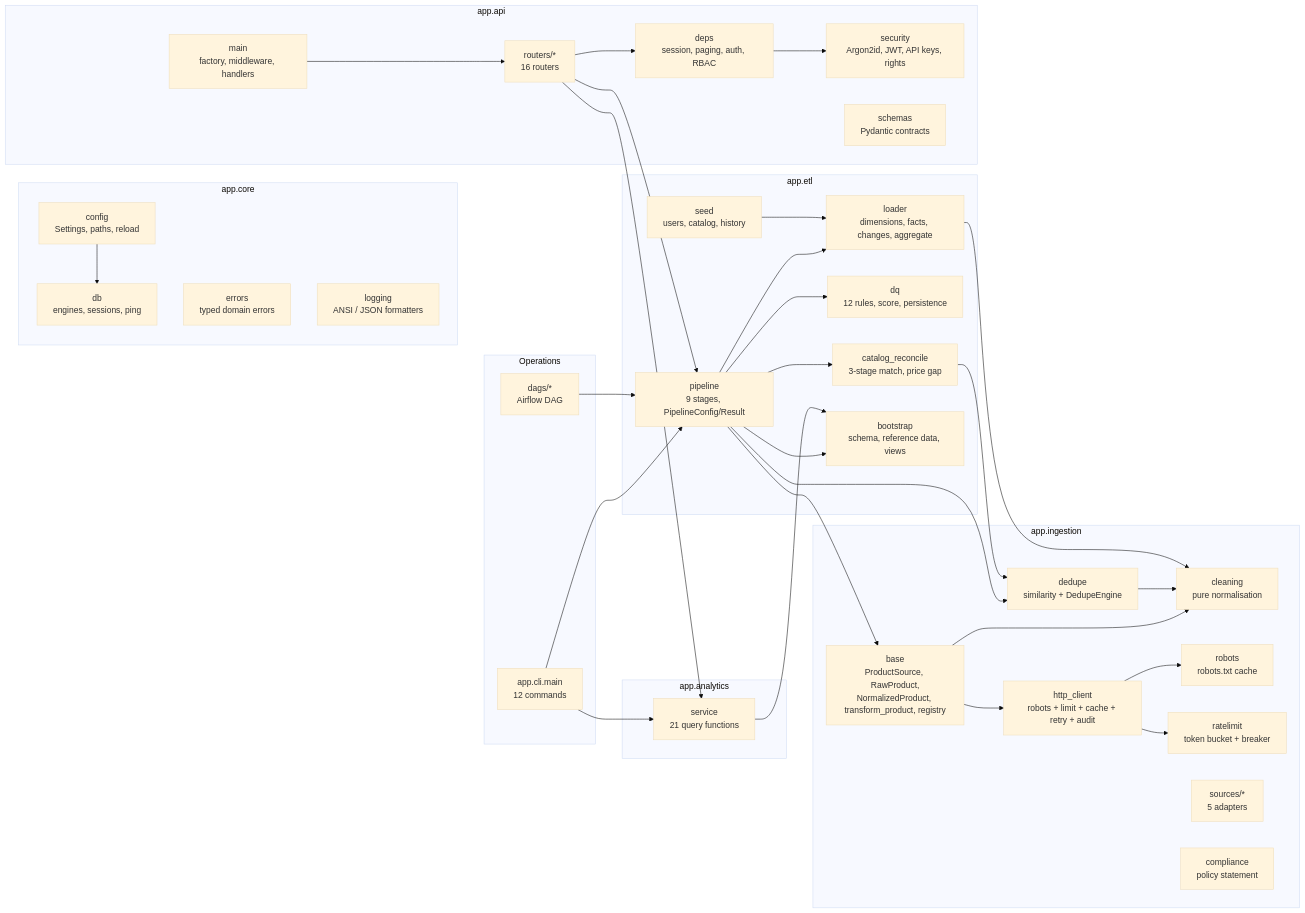
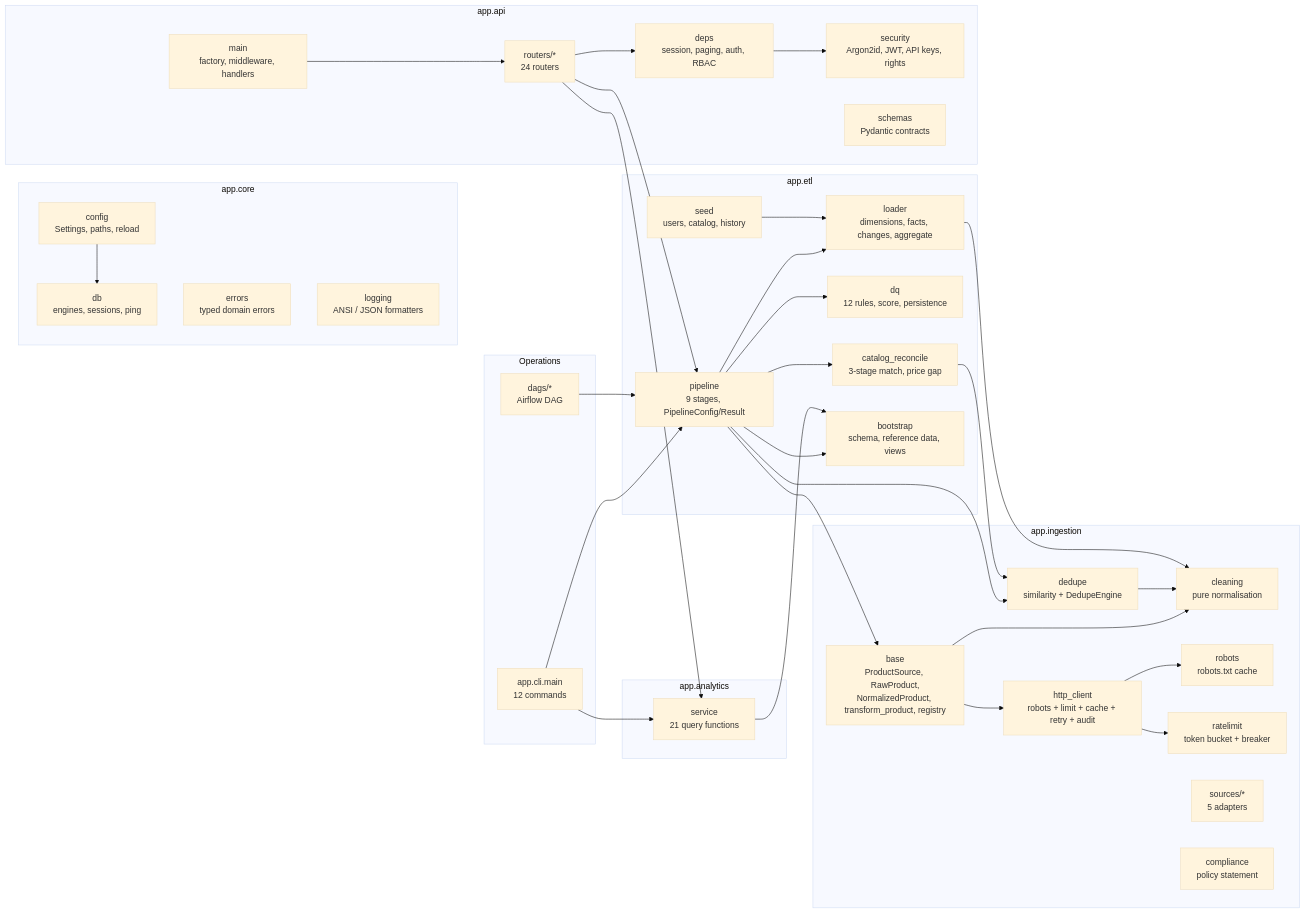
The first of 4 diagrams in docs/17_technical_documentation.md (Ahmedbakr78/Web-to-Warehouse-Product-Intelligence-Pipeline), drawn with Mermaid (base theme) before and after one commit. The commit also changed other lines of this file and 176 other files, not shown here.

First line of the commit message:
Expand the documentation and correct every stale figure in it

````diff
--- a/docs/17_technical_documentation.md
+++ b/docs/17_technical_documentation.md
@@ -30,66 +30,66 @@
 ```mermaid
 flowchart LR
     subgraph CORE["app.core"]
         C1["config<br/>Settings, paths, reload"]
         C2["db<br/>engines, sessions, ping"]
         C3["errors<br/>typed domain errors"]
         C4["logging<br/>ANSI / JSON formatters"]
     end
     subgraph ING["app.ingestion"]
         I1["base<br/>ProductSource, RawProduct,<br/>NormalizedProduct, transform_product, registry"]
         I2["cleaning<br/>pure normalisation"]
         I3["dedupe<br/>similarity + DedupeEngine"]
         I4["robots<br/>robots.txt cache"]
         I5["ratelimit<br/>token bucket + breaker"]
         I6["http_client<br/>robots + limit + cache + retry + audit"]
         I7["sources/*<br/>5 adapters"]
         I8["compliance<br/>policy statement"]
     end
     subgraph ETL["app.etl"]
         E1["pipeline<br/>9 stages, PipelineConfig/Result"]
         E2["loader<br/>dimensions, facts, changes, aggregate"]
         E3["dq<br/>12 rules, score, persistence"]
         E4["catalog_reconcile<br/>3-stage match, price gap"]
         E5["bootstrap<br/>schema, reference data, views"]
         E6["seed<br/>users, catalog, history"]
     end
     subgraph ANA["app.analytics"]
         A1["service<br/>21 query functions"]
     end
     subgraph API["app.api"]
         P1["main<br/>factory, middleware, handlers"]
         P2["deps<br/>session, paging, auth, RBAC"]
         P3["security<br/>Argon2id, JWT, API keys, rights"]
         P4["schemas<br/>Pydantic contracts"]
-        P5["routers/*<br/>16 routers"]
+        P5["routers/*<br/>24 routers"]
     end
     subgraph OPS["Operations"]
         O1["app.cli.main<br/>12 commands"]
         O2["dags/*<br/>Airflow DAG"]
     end
 
     C1 --> C2
     I1 --> I2
     I1 --> I6
     I3 --> I2
     I6 --> I4
     I6 --> I5
     E1 --> I1
     E1 --> I3
     E1 --> E2
     E1 --> E4
     E1 --> E5
     E1 --> E3
     E2 --> I2
     E4 --> I3
     E6 --> E2
     A1 --> E5
     P1 --> P5
     P5 --> P2
     P5 --> A1
     P5 --> E1
     P2 --> P3
     O1 --> E1
     O1 --> A1
     O2 --> E1
 ```
````
